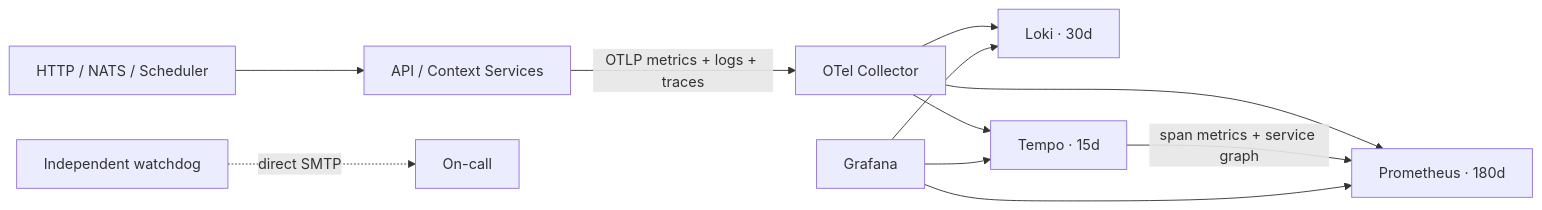
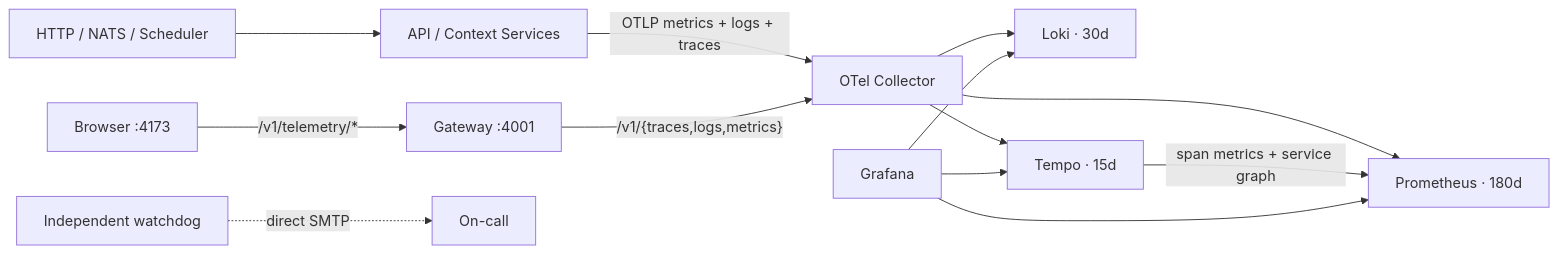
The first of 2 diagrams in infra/observability/README.md (r4ai/news-podcast), drawn with Mermaid before and after one commit. The commit also changed other lines of this file and 5 other files, not shown here.

````diff
--- a/infra/observability/README.md
+++ b/infra/observability/README.md
@@ -5,13 +5,15 @@
 ```mermaid
 flowchart LR
   Entry["HTTP / NATS / Scheduler"] --> App["API / Context Services"]
   App -->|"OTLP metrics + logs + traces"| Collector["OTel Collector"]
+  Browser["Browser :4173"] -->|"/v1/telemetry/*"| Gateway["Gateway :4001"]
+  Gateway -->|"/v1/{traces,logs,metrics}"| Collector
   Collector --> Prometheus["Prometheus · 180d"]
   Collector --> Loki["Loki · 30d"]
   Collector --> Tempo["Tempo · 15d"]
   Tempo -->|"span metrics + service graph"| Prometheus
   Grafana["Grafana"] --> Prometheus
   Grafana --> Loki
   Grafana --> Tempo
   Watchdog["Independent watchdog"] -. "direct SMTP" .-> OnCall["On-call"]
 ```
````
